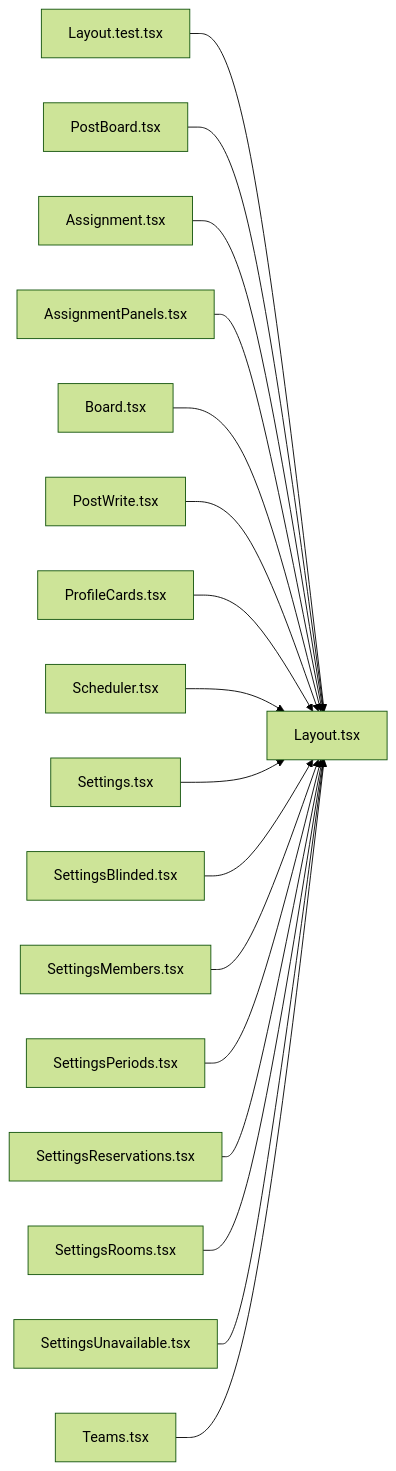
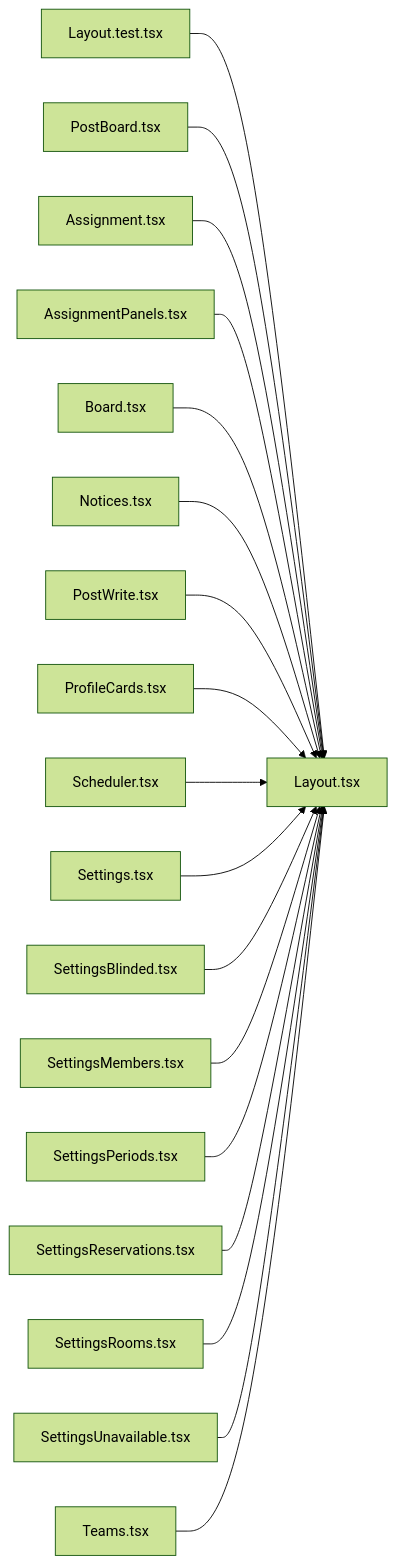
One commit to minkong-dev/Banblit changed the diagram in .cluedoc/graph/frontend/src/components/Layout.md. Above: the diagram before and after it, drawn with Mermaid (forest theme). The commit also changed other lines of this file and 6 other files, not shown here.

First line of the commit message:
frontend: let the notice and team board routes choose list or detail, and focus the post title once loaded

````diff
--- a/.cluedoc/graph/frontend/src/components/Layout.md
+++ b/.cluedoc/graph/frontend/src/components/Layout.md
@@ -10,20 +10,21 @@
 ```mermaid
 flowchart LR
   frontend_src_components_Layout["Layout.tsx"]
   frontend_src_components_Layout_test["Layout.test.tsx"] --> frontend_src_components_Layout
   frontend_src_components_PostBoard["PostBoard.tsx"] --> frontend_src_components_Layout
   frontend_src_routes_Assignment["Assignment.tsx"] --> frontend_src_components_Layout
   frontend_src_routes_AssignmentPanels["AssignmentPanels.tsx"] --> frontend_src_components_Layout
   frontend_src_routes_Board["Board.tsx"] --> frontend_src_components_Layout
+  frontend_src_routes_Notices["Notices.tsx"] --> frontend_src_components_Layout
   frontend_src_routes_PostWrite["PostWrite.tsx"] --> frontend_src_components_Layout
   frontend_src_routes_ProfileCards["ProfileCards.tsx"] --> frontend_src_components_Layout
   frontend_src_routes_Scheduler["Scheduler.tsx"] --> frontend_src_components_Layout
   frontend_src_routes_Settings["Settings.tsx"] --> frontend_src_components_Layout
   frontend_src_routes_SettingsBlinded["SettingsBlinded.tsx"] --> frontend_src_components_Layout
   frontend_src_routes_SettingsMembers["SettingsMembers.tsx"] --> frontend_src_components_Layout
   frontend_src_routes_SettingsPeriods["SettingsPeriods.tsx"] --> frontend_src_components_Layout
   frontend_src_routes_SettingsReservations["SettingsReservations.tsx"] --> frontend_src_components_Layout
   frontend_src_routes_SettingsRooms["SettingsRooms.tsx"] --> frontend_src_components_Layout
   frontend_src_routes_SettingsUnavailable["SettingsUnavailable.tsx"] --> frontend_src_components_Layout
   frontend_src_routes_Teams["Teams.tsx"] --> frontend_src_components_Layout
 ```
````
